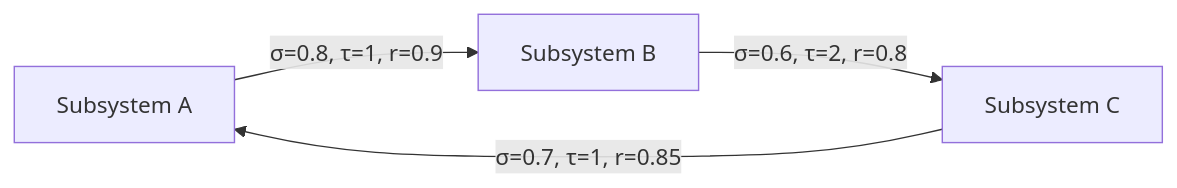
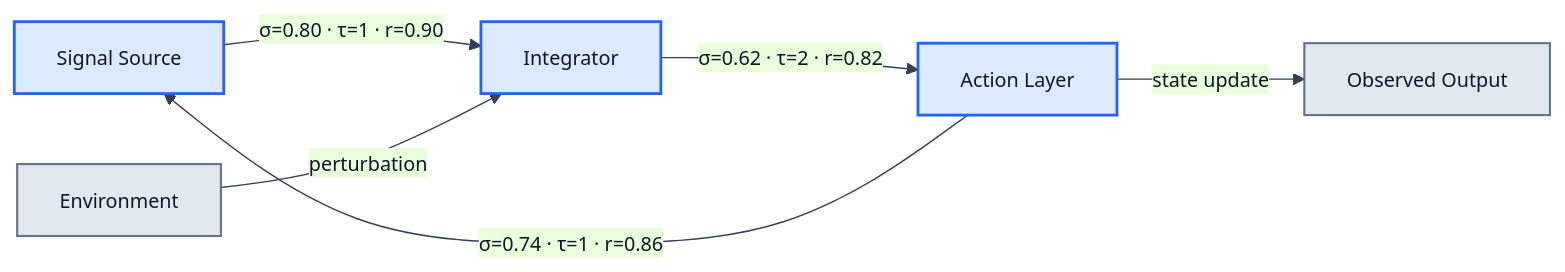
One commit to ianderrington/epiphysics changed the first of 3 diagrams in docs/theory/01_5_causants.md. Above: the diagram before and after it, drawn with Mermaid. The commit also changed other lines of this file and 1 other file, not shown here.

Commit message:
improve causant mermaid diagrams with clearer structure and color semantics

````diff
--- a/docs/theory/01_5_causants.md
+++ b/docs/theory/01_5_causants.md
@@ -67,6 +67,16 @@
 ```mermaid
+%%{init: {'theme': 'base', 'themeVariables': { 'primaryColor': '#DBEAFE', 'primaryTextColor': '#0F172A', 'primaryBorderColor': '#2563EB', 'lineColor': '#334155', 'fontSize': '14px'}}}%%
 flowchart LR
-  A[Subsystem A] -->|σ=0.8, τ=1, r=0.9| B[Subsystem B]
-  B -->|σ=0.6, τ=2, r=0.8| C[Subsystem C]
-  C -->|σ=0.7, τ=1, r=0.85| A
+  A[Signal Source] -->|σ=0.80 · τ=1 · r=0.90| B[Integrator]
+  B -->|σ=0.62 · τ=2 · r=0.82| C[Action Layer]
+  C -->|σ=0.74 · τ=1 · r=0.86| A
+
+  D[Environment] -->|perturbation| B
+  C -->|state update| E[Observed Output]
+
+  classDef core fill:#DBEAFE,stroke:#2563EB,stroke-width:2px,color:#0F172A;
+  classDef ext fill:#E2E8F0,stroke:#64748B,stroke-width:1.5px,color:#0F172A;
+
+  class A,B,C core;
+  class D,E ext;
 ```
````
